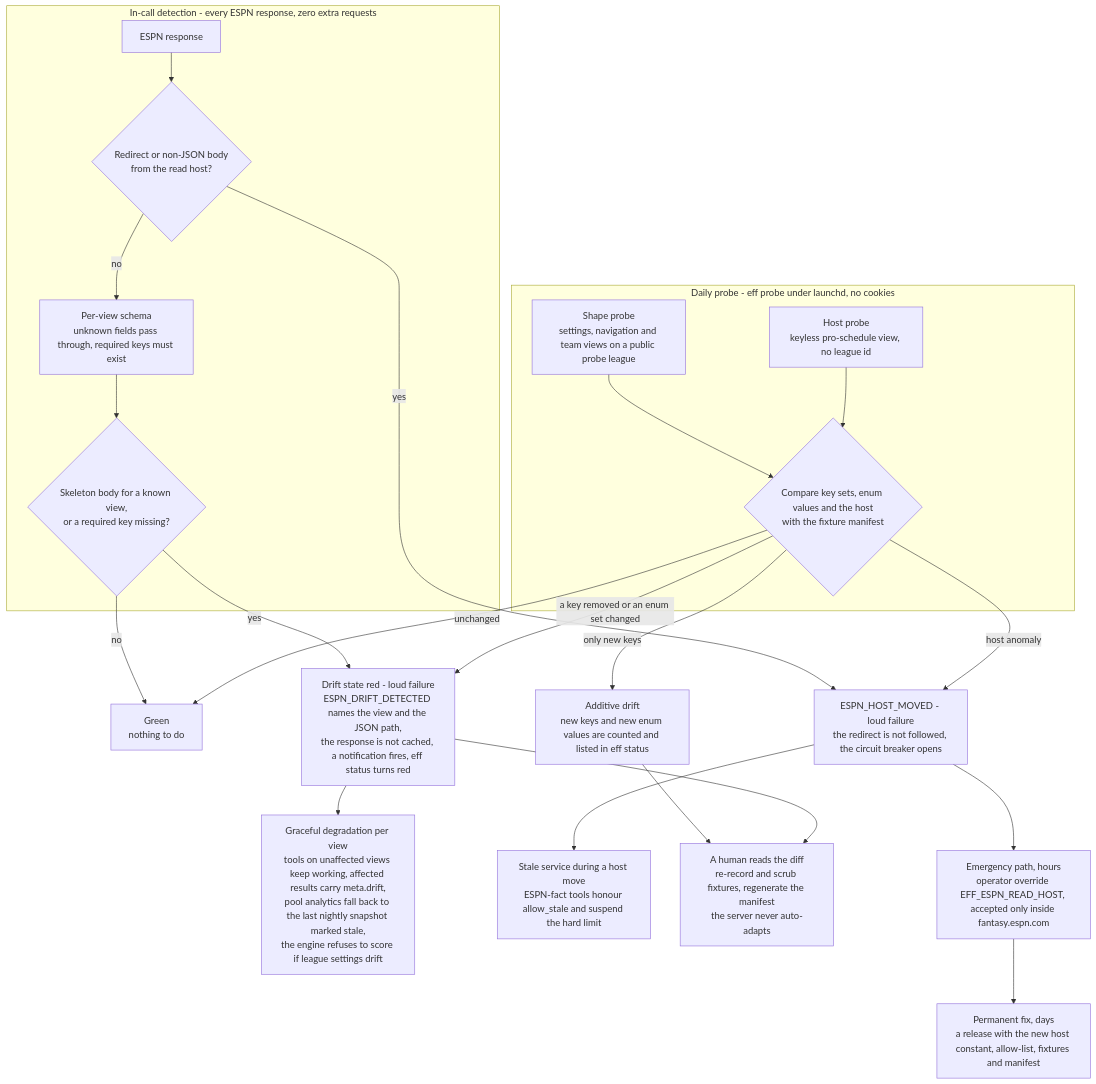
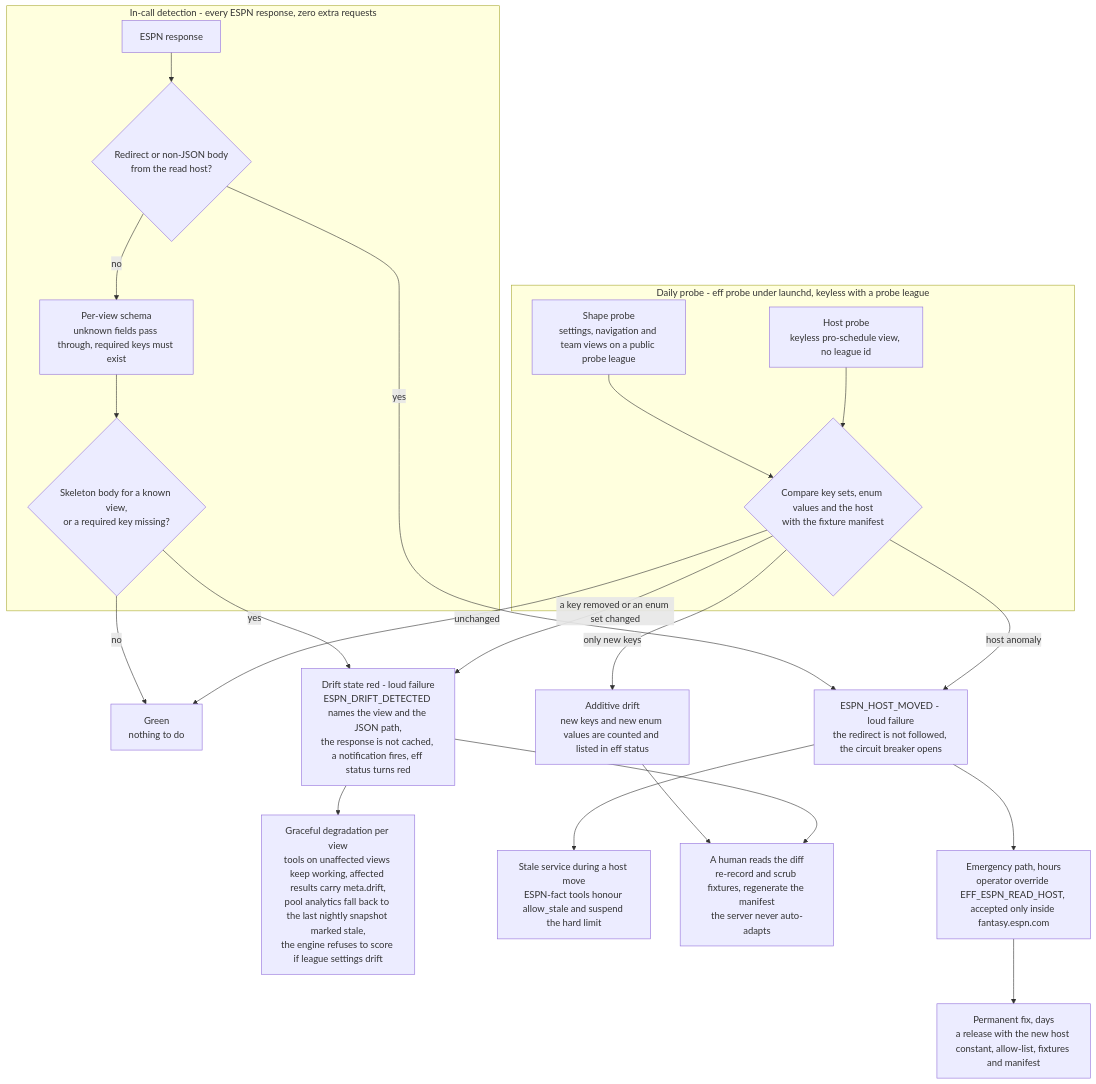
The fifth of 8 diagrams in README.md (ChadPapineau/espn-fantasy-football-mcp), drawn with Mermaid before and after one commit. The commit also changed other lines of this file and 9 other files, not shown here.

````diff
--- a/README.md
+++ b/README.md
@@ -406,42 +406,42 @@
 ```mermaid
 %% 5. API drift detection and resilience - status codes cannot detect drift, so keys are checked
 flowchart TB
-  subgraph PROBE["Daily probe - eff probe under launchd, no cookies"]
+  subgraph PROBE["Daily probe - eff probe under launchd, keyless with a probe league"]
     P1["Host probe<br/>keyless pro-schedule view, no league id"]
     P2["Shape probe<br/>settings, navigation and team views on a public probe league"]
     CMP{"Compare key sets, enum values and the host<br/>with the fixture manifest"}
   end
   subgraph INCALL["In-call detection - every ESPN response, zero extra requests"]
     RESP["ESPN response"]
     HM{"Redirect or non-JSON body<br/>from the read host?"}
     Z["Per-view schema<br/>unknown fields pass through, required keys must exist"]
     SK{"Skeleton body for a known view,<br/>or a required key missing?"}
   end
   GREEN["Green<br/>nothing to do"]
   ADD["Additive drift<br/>new keys and new enum values are counted and listed in eff status"]
   RED["Drift state red - loud failure<br/>ESPN_DRIFT_DETECTED names the view and the JSON path,<br/>the response is not cached, a notification fires, eff status turns red"]
   MOVED["ESPN_HOST_MOVED - loud failure<br/>the redirect is not followed, the circuit breaker opens"]
   DEG["Graceful degradation per view<br/>tools on unaffected views keep working, affected results carry meta.drift,<br/>pool analytics fall back to the last nightly snapshot marked stale,<br/>the engine refuses to score if league settings drift"]
   STALE["Stale service during a host move<br/>ESPN-fact tools honour allow_stale and suspend the hard limit"]
   HUMAN["A human reads the diff<br/>re-record and scrub fixtures, regenerate the manifest<br/>the server never auto-adapts"]
   OVR["Emergency path, hours<br/>operator override EFF_ESPN_READ_HOST, accepted only inside fantasy.espn.com"]
   REL["Permanent fix, days<br/>a release with the new host constant, allow-list, fixtures and manifest"]
   P1 --> CMP
   P2 --> CMP
   CMP -- "unchanged" --> GREEN
   CMP -- "only new keys" --> ADD
   CMP -- "a key removed or an enum set changed" --> RED
   CMP -- "host anomaly" --> MOVED
   RESP --> HM
   HM -- "yes" --> MOVED
   HM -- "no" --> Z
   Z --> SK
   SK -- "yes" --> RED
   SK -- "no" --> GREEN
   RED --> DEG
   RED --> HUMAN
   ADD --> HUMAN
   MOVED --> STALE
   MOVED --> OVR
   OVR --> REL
 ```
````
